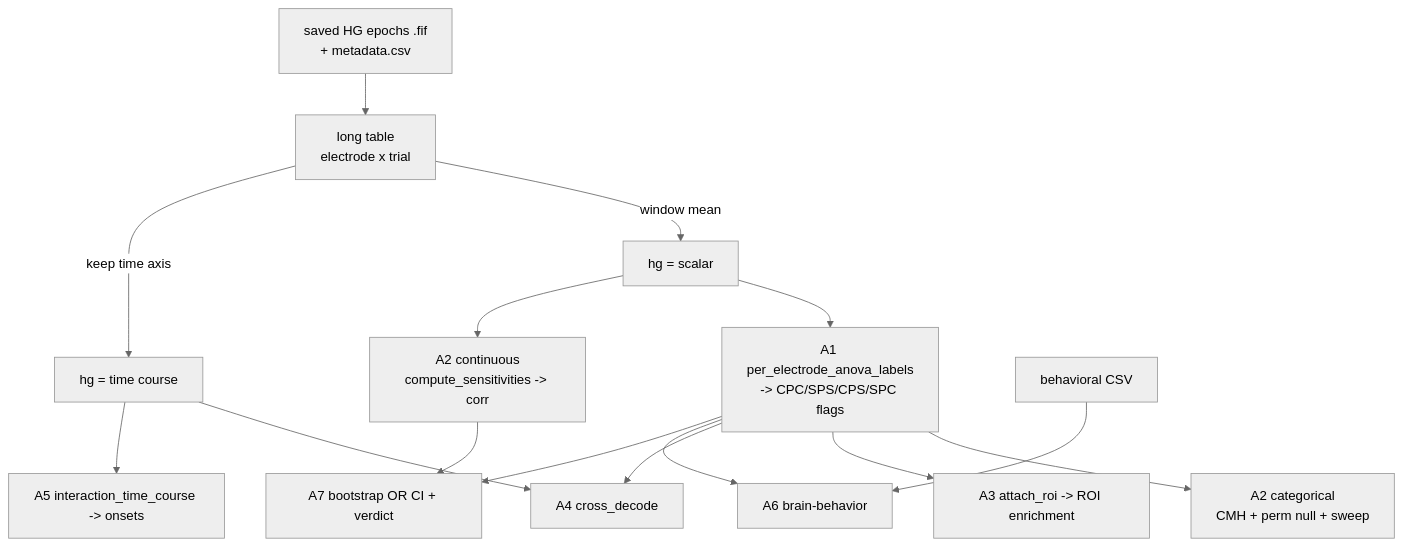
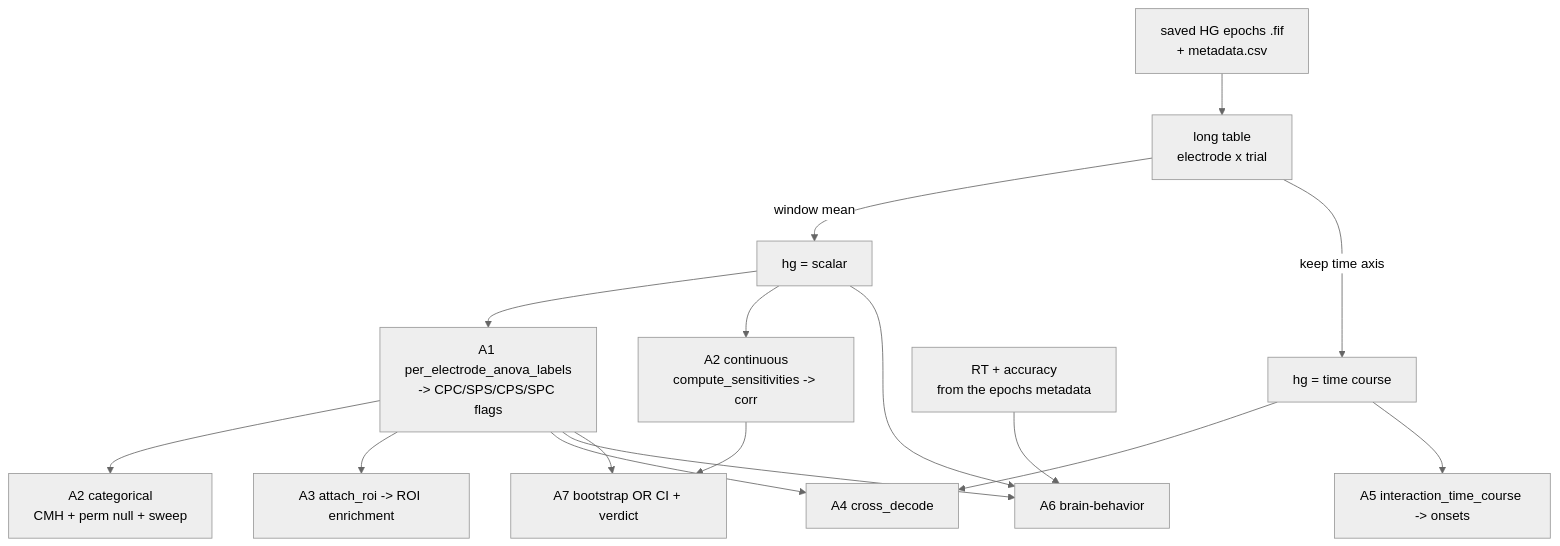
One commit to coganlab/GlobalLocal changed the diagram in docs/stability_flexibility_data_flow.md. Above: the diagram before and after it, drawn with Mermaid (neutral theme). The commit also changed other lines of this file and 18 other files, not shown here.

````diff
--- a/docs/stability_flexibility_data_flow.md
+++ b/docs/stability_flexibility_data_flow.md
@@ -78,18 +78,19 @@
 ```mermaid
 flowchart TD
     HG[saved HG epochs .fif<br/>+ metadata.csv] --> LONG[long table<br/>electrode x trial]
     LONG -->|window mean| SCALAR["hg = scalar"]
     LONG -->|keep time axis| TC["hg = time course"]
 
     SCALAR --> A1[A1 per_electrode_anova_labels<br/>-> CPC/SPS/CPS/SPC flags]
     SCALAR --> A2C[A2 continuous<br/>compute_sensitivities -> corr]
     A1 --> A2K[A2 categorical<br/>CMH + perm null + sweep]
     A1 --> A3[A3 attach_roi -> ROI enrichment]
     A1 --> A4[A4 cross_decode]
     A1 --> A6[A6 brain-behavior]
     A1 --> A7[A7 bootstrap OR CI + verdict]
     A2C --> A7
     TC --> A4
     TC --> A5[A5 interaction_time_course -> onsets]
-    BEH[behavioral CSV] --> A6
+    SCALAR --> A6
+    BEH[RT + accuracy<br/>from the epochs metadata] --> A6
 ```
````
